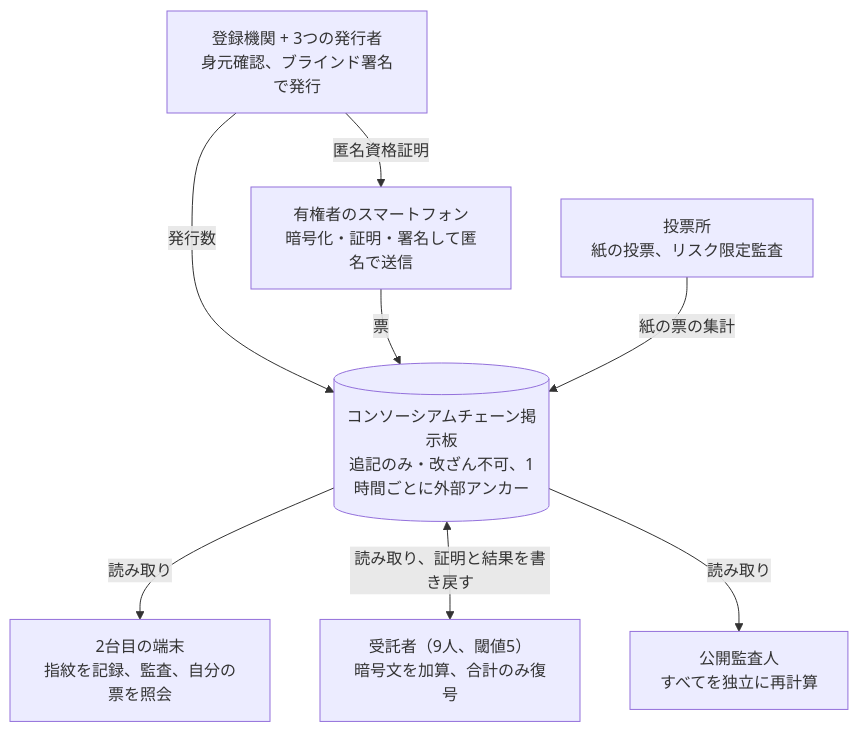
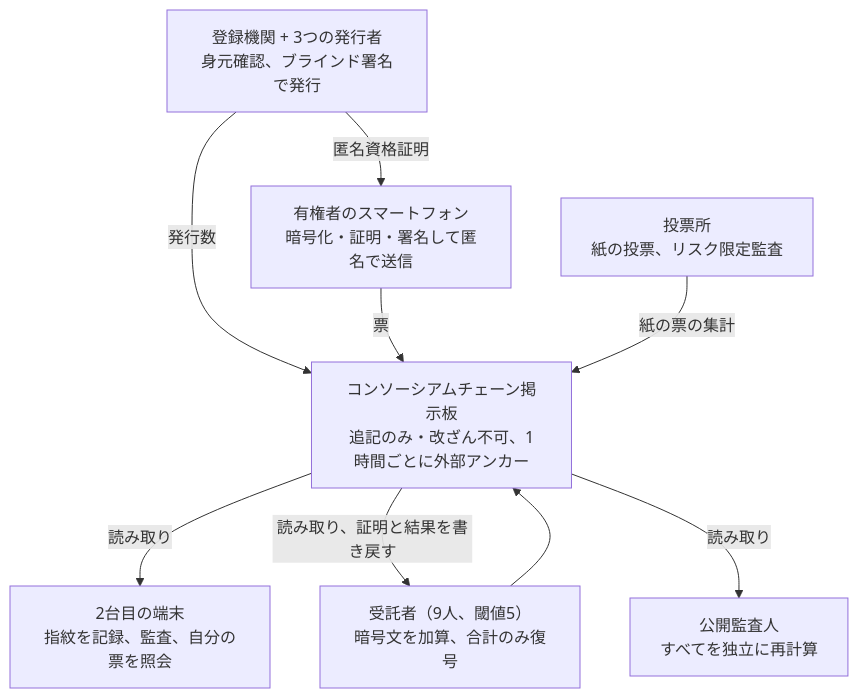
One commit to tommaru66-pixel/e2e-verifiable-voting changed the diagram in docs/ja.md. Above: the diagram before and after it, drawn with Mermaid. The commit also changed 8 other files, not shown here.

First line of the commit message:
Simplify architecture diagram syntax for GitHub rendering

````diff
--- a/docs/ja.md
+++ b/docs/ja.md
@@ -113,10 +113,11 @@
 ```mermaid
 flowchart TB
   R["登録機関 + 3つの発行者<br/>身元確認、ブラインド署名で発行"] -->|匿名資格証明| P["有権者のスマートフォン<br/>暗号化・証明・署名して匿名で送信"]
   R -->|発行数| B
-  P -->|票| B[("コンソーシアムチェーン掲示板<br/>追記のみ・改ざん不可、1時間ごとに外部アンカー")]
+  P -->|票| B["コンソーシアムチェーン掲示板<br/>追記のみ・改ざん不可、1時間ごとに外部アンカー"]
   S["投票所<br/>紙の投票、リスク限定監査"] -->|紙の票の集計| B
   B -->|読み取り| D["2台目の端末<br/>指紋を記録、監査、自分の票を照会"]
-  B <-->|読み取り、証明と結果を書き戻す| T["受託者（9人、閾値5）<br/>暗号文を加算、合計のみ復号"]
+  B -->|読み取り、証明と結果を書き戻す| T["受託者（9人、閾値5）<br/>暗号文を加算、合計のみ復号"]
+  T --> B
   B -->|読み取り| A["公開監査人<br/>すべてを独立に再計算"]
 ```
````
